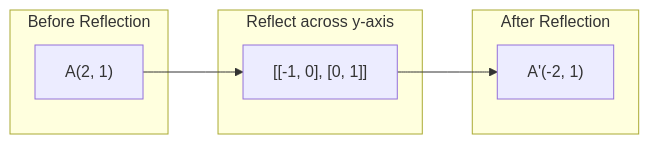
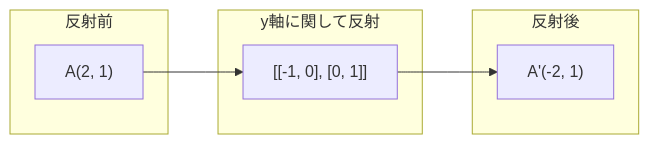
The fifth of 7 diagrams in phases/01-math-foundations/03-matrix-transformations/docs/en.md (rohitg00/ai-engineering-from-scratch), drawn with Mermaid before and after one commit. The commit also changed other lines of this file and 1935 other files, not shown here.

````diff
--- a/phases/01-math-foundations/03-matrix-transformations/docs/en.md
+++ b/phases/01-math-foundations/03-matrix-transformations/docs/en.md
@@ -133,13 +133,13 @@
 ```mermaid
 graph LR
-    subgraph Before["Before Reflection"]
+    subgraph Before["反射前"]
         A["A(2, 1)"]
     end
-    subgraph Reflect["Reflect across y-axis"]
+    subgraph Reflect["y軸に関して反射"]
         R["[[-1, 0], [0, 1]]"]
     end
-    subgraph After["After Reflection"]
+    subgraph After["反射後"]
         Ap["A'(-2, 1)"]
     end
     A --> R --> Ap
 ```
````
